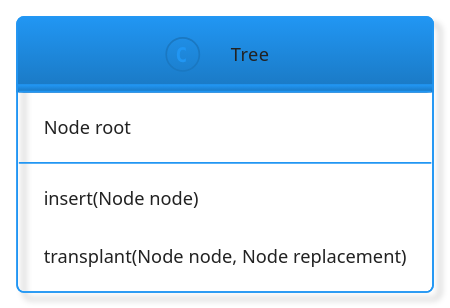
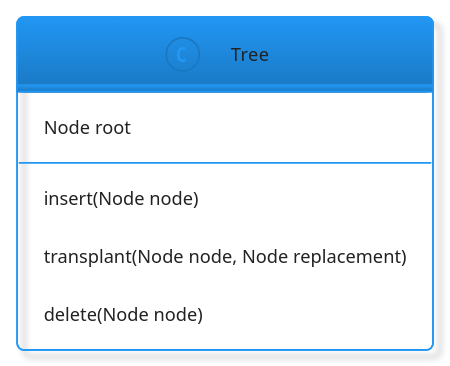
The diagram in posts/binary-search-tree-node-insertion.org (necromuralist/Bowling-For-Data), drawn with PlantUML before and after one commit. The commit also changed 18 other files, not shown here.

```diff
--- a/posts/binary-search-tree-node-insertion.org
+++ b/posts/binary-search-tree-node-insertion.org
@@ -38,9 +38,10 @@
 #+begin_src plantuml :file ../files/posts/binary-search-tree-node-insertion/tree.png :exports none
 !theme materia-outline
 
 class Tree {
  Node root
  insert(Node node)
  transplant(Node node, Node replacement)
+ delete(Node node)
 }
 #+end_src
```
